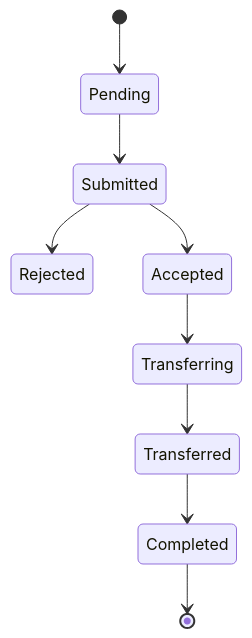
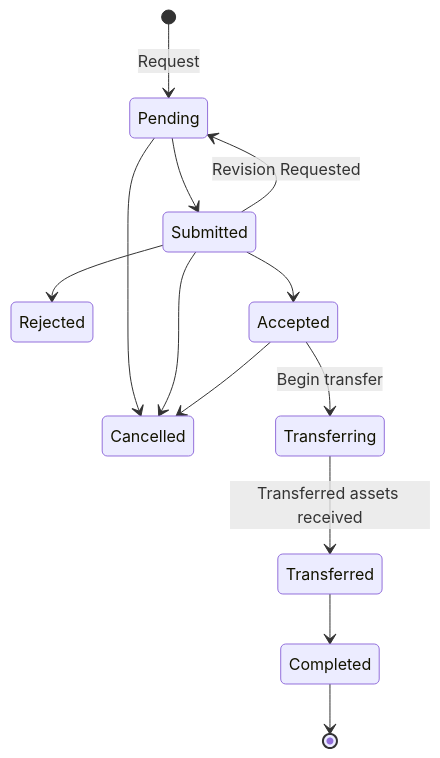
One commit to wealthkernel/api-documentation-guides changed the diagram in docs/inbound-transfers/Basics.md. Above: the diagram before and after it, drawn with Mermaid. The commit also changed other lines of this file, not shown here.

Commit message:
Add webhooks for inbound transfer to guide

````diff
--- a/docs/inbound-transfers/Basics.md
+++ b/docs/inbound-transfers/Basics.md
@@ -15,11 +15,15 @@
 ```mermaid
 stateDiagram-v2
-    [*] --> Pending
+    [*] --> Pending: Request
     Pending --> Submitted
+    Pending --> Cancelled
+    Submitted --> Pending: Revision Requested
     Submitted --> Rejected
+    Submitted --> Cancelled
     Submitted --> Accepted
-    Accepted --> Transferring
-    Transferring --> Transferred
+    Accepted --> Transferring: Begin transfer
+    Accepted --> Cancelled
+    Transferring --> Transferred: Transferred assets received
     Transferred --> Completed
-    Completed --> [*]   
+    Completed --> [*]
 ```
````
